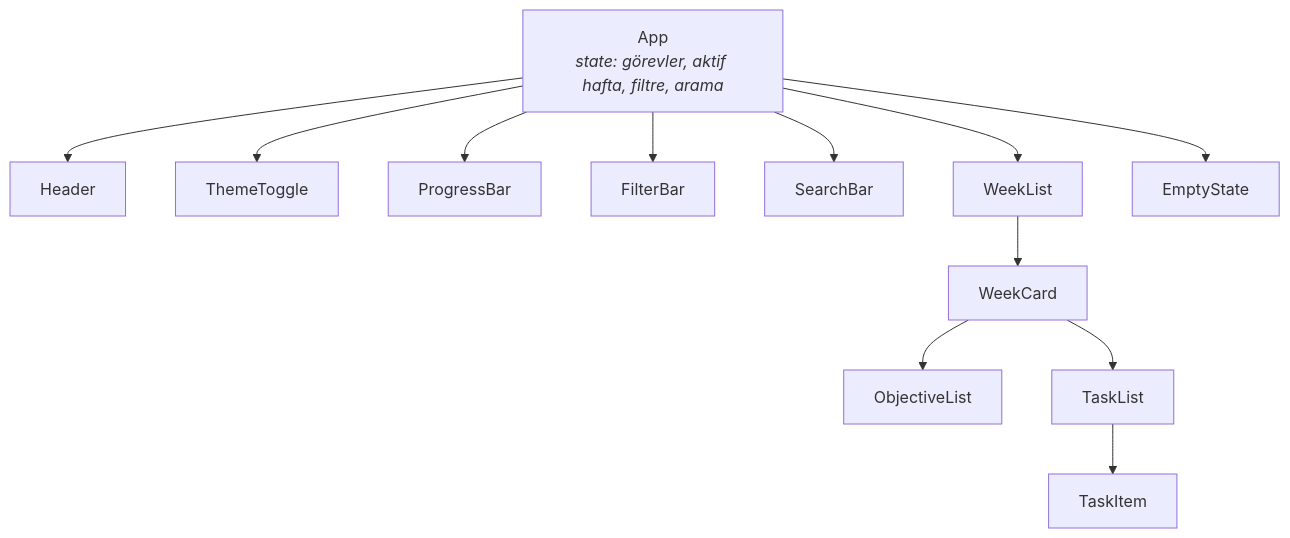
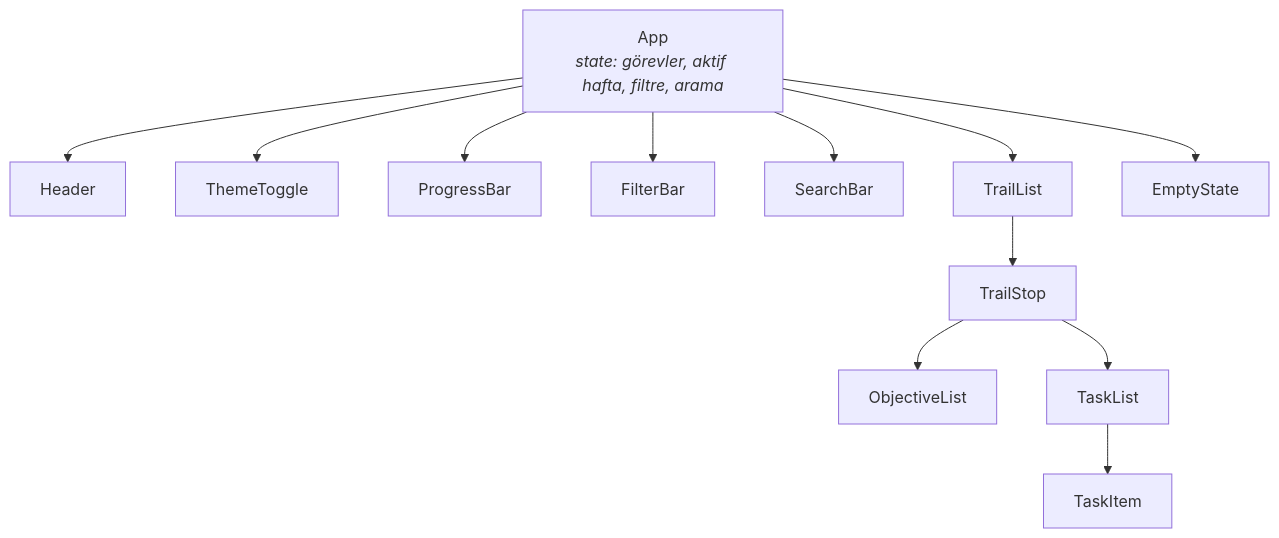
The first of 5 diagrams in README.md (senacakmak6161/yazilim-gelistirme-proje1), drawn with Mermaid before and after one commit. The commit also changed other lines of this file and 17 other files, not shown here.

````diff
--- a/README.md
+++ b/README.md
@@ -180,14 +255,14 @@
 ```mermaid
 graph TD
     A[App<br/><i>state: görevler, aktif hafta, filtre, arama</i>] --> B[Header]
     A --> C[ThemeToggle]
     A --> D[ProgressBar]
     A --> E[FilterBar]
     A --> F[SearchBar]
-    A --> G[WeekList]
-    G --> H[WeekCard]
+    A --> G[TrailList]
+    G --> H[TrailStop]
     H --> I[ObjectiveList]
     H --> J[TaskList]
     J --> K[TaskItem]
     A --> L[EmptyState]
 ```
````
